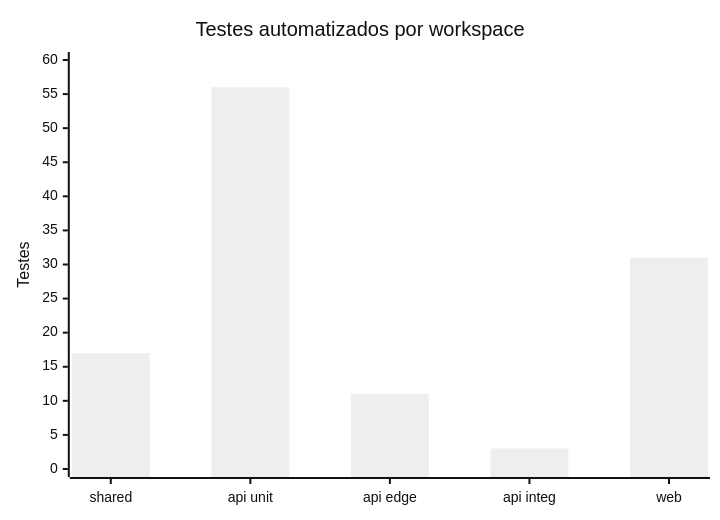
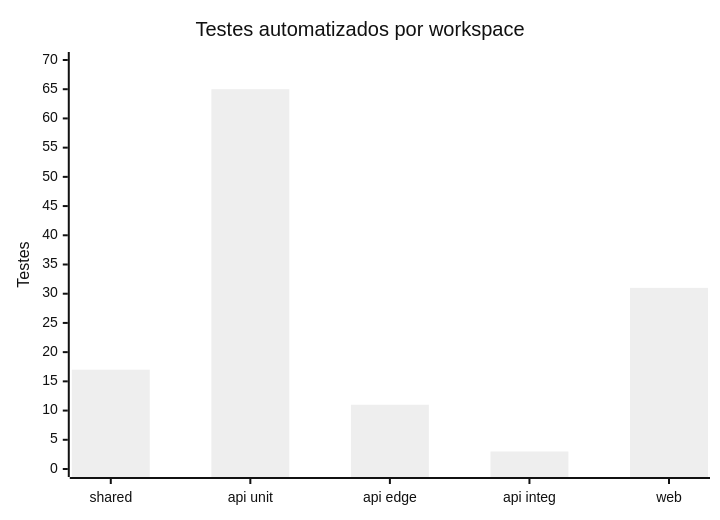
One commit to Digooow/pokedex-frontend changed the ninth of 12 diagrams in README.md. Above: the diagram before and after it, drawn with Mermaid (neutral theme). The commit also changed other lines of this file and 46 other files, not shown here.

````diff
--- a/README.md
+++ b/README.md
@@ -525,7 +525,7 @@
 ```mermaid
 xychart-beta
   title "Testes automatizados por workspace"
   x-axis ["shared", "api unit", "api edge", "api integ", "web"]
-  y-axis "Testes" 0 --> 60
-  bar [17, 56, 11, 3, 31]
+  y-axis "Testes" 0 --> 70
+  bar [17, 65, 11, 3, 31]
 ```
````
